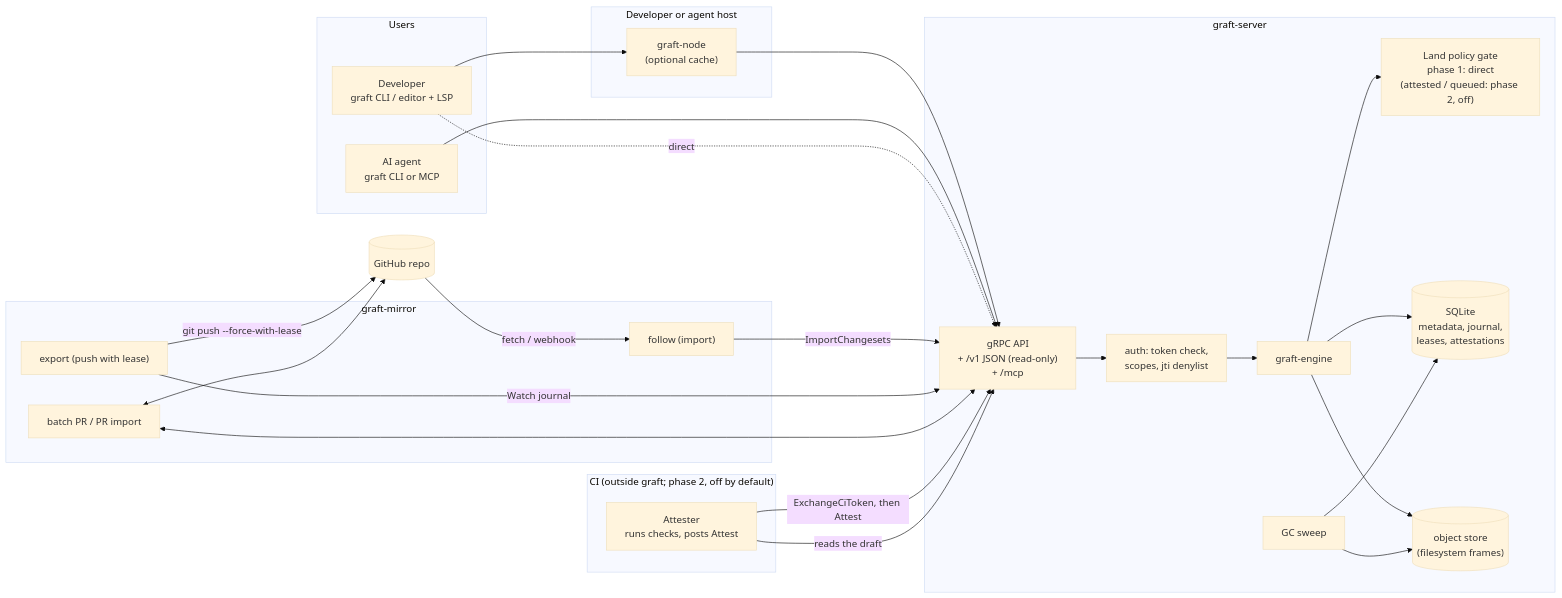
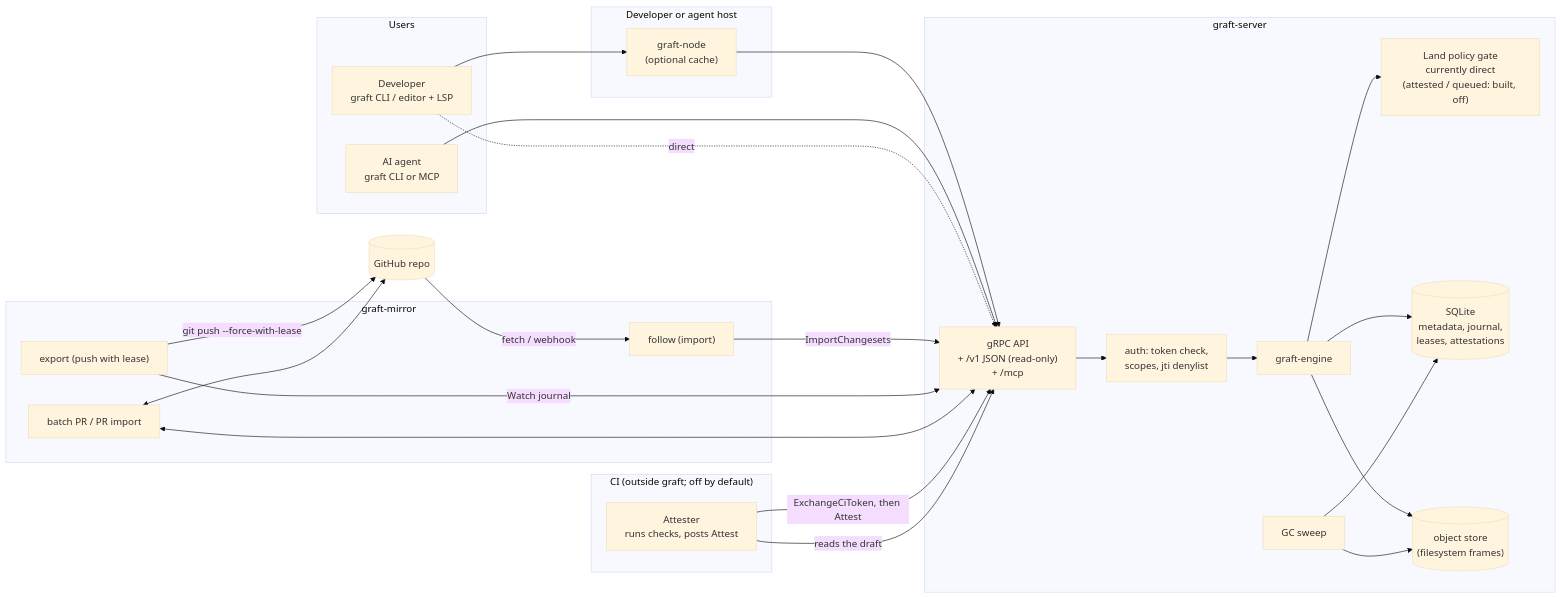
The second of 9 diagrams in docs/architecture.md (TheDancingDeveloper-org/graft), drawn with Mermaid (base theme) before and after one commit. The commit also changed other lines of this file and 17 other files, not shown here.

First line of the commit message:
docs: professionalise the user guide, status, roadmap and architecture pages

````diff
--- a/docs/architecture.md
+++ b/docs/architecture.md
@@ -124,49 +124,49 @@
 ```mermaid
 flowchart LR
   subgraph Users["Users"]
     human["Developer<br/>graft CLI / editor + LSP"]
     agent["AI agent<br/>graft CLI or MCP"]
   end
 
   subgraph Host["Developer or agent host"]
     nodec["graft-node<br/>(optional cache)"]
   end
 
   subgraph Server["graft-server"]
     api["gRPC API<br/>+ /v1 JSON (read-only)<br/>+ /mcp"]
     authz["auth: token check,<br/>scopes, jti denylist"]
     eng["graft-engine"]
-    pol["Land policy gate<br/>phase 1: direct<br/>(attested / queued: phase 2, off)"]
+    pol["Land policy gate<br/>currently direct<br/>(attested / queued: built, off)"]
     gcs["GC sweep"]
     meta[("SQLite<br/>metadata, journal,<br/>leases, attestations")]
     objs[("object store<br/>(filesystem frames)")]
     api --> authz --> eng
     eng --> pol
     eng --> meta & objs
     gcs --> meta & objs
   end
 
   subgraph Mirror["graft-mirror"]
     follow["follow (import)"]
     export["export (push with lease)"]
     bridge["batch PR / PR import"]
   end
 
-  subgraph CI["CI (outside graft; phase 2, off by default)"]
+  subgraph CI["CI (outside graft; off by default)"]
     attester["Attester<br/>runs checks, posts Attest"]
   end
 
   gh[("GitHub repo")]
 
   human --> nodec --> api
   agent --> api
   human -. direct .-> api
   follow -- "ImportChangesets" --> api
   export -- "Watch journal" --> api
   gh -- "fetch / webhook" --> follow
   export -- "git push --force-with-lease" --> gh
   bridge <--> gh
   bridge <--> api
   attester -- "ExchangeCiToken, then Attest" --> api
   attester -- "reads the draft" --> api
 ```
````
